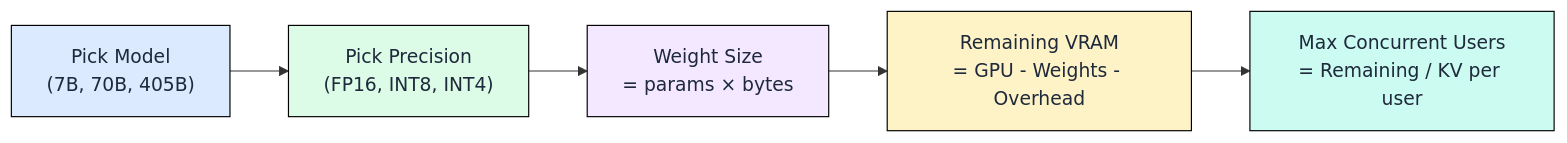
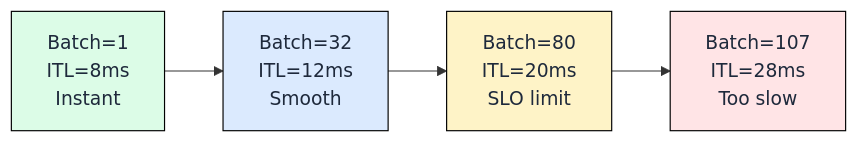
Before and after one commit to harshuljain13/llm-inference-at-scale: the sixth of 9 diagrams in content/02_sizing_and_serving/02.1_capacity_planning/capacity_planning.md, drawn with Mermaid. The commit also changed other lines of this file and 27 other files, not shown here.

````diff
--- a/content/02_sizing_and_serving/02.1_capacity_planning/capacity_planning.md
+++ b/content/02_sizing_and_serving/02.1_capacity_planning/capacity_planning.md
@@ -34,13 +136,9 @@
 ```mermaid
 flowchart LR
-    M["Pick Model</br>(7B, 70B, 405B)"]:::blue --> P["Pick Precision</br>(FP16, INT8, INT4)"]:::green
-    P --> W["Weight Size</br>= params × bytes"]:::purple
-    W --> R["Remaining VRAM</br>= GPU - Weights - Overhead"]:::amber
-    R --> U["Max Concurrent Users</br>= Remaining / KV per user"]:::teal
+    B1["Batch=1<br>ITL=8ms<br>Instant"] --> B32["Batch=32<br>ITL=12ms<br>Smooth"] --> B80["Batch=80<br>ITL=20ms<br>SLO limit"] --> B107["Batch=107<br>ITL=28ms<br>Too slow"]
 
-    classDef blue fill:#dbeafe,stroke:#000,color:#1e293b
-    classDef green fill:#dcfce7,stroke:#000,color:#1e293b
-    classDef purple fill:#f3e8ff,stroke:#000,color:#1e293b
-    classDef amber fill:#fef3c7,stroke:#000,color:#1e293b
-    classDef teal fill:#ccfbf1,stroke:#000,color:#1e293b
+    style B1 fill:#dcfce7,stroke:#000,color:#1e293b
+    style B32 fill:#dbeafe,stroke:#000,color:#1e293b
+    style B80 fill:#fef3c7,stroke:#000,color:#1e293b
+    style B107 fill:#ffe4e6,stroke:#000,color:#1e293b
 ```
````
